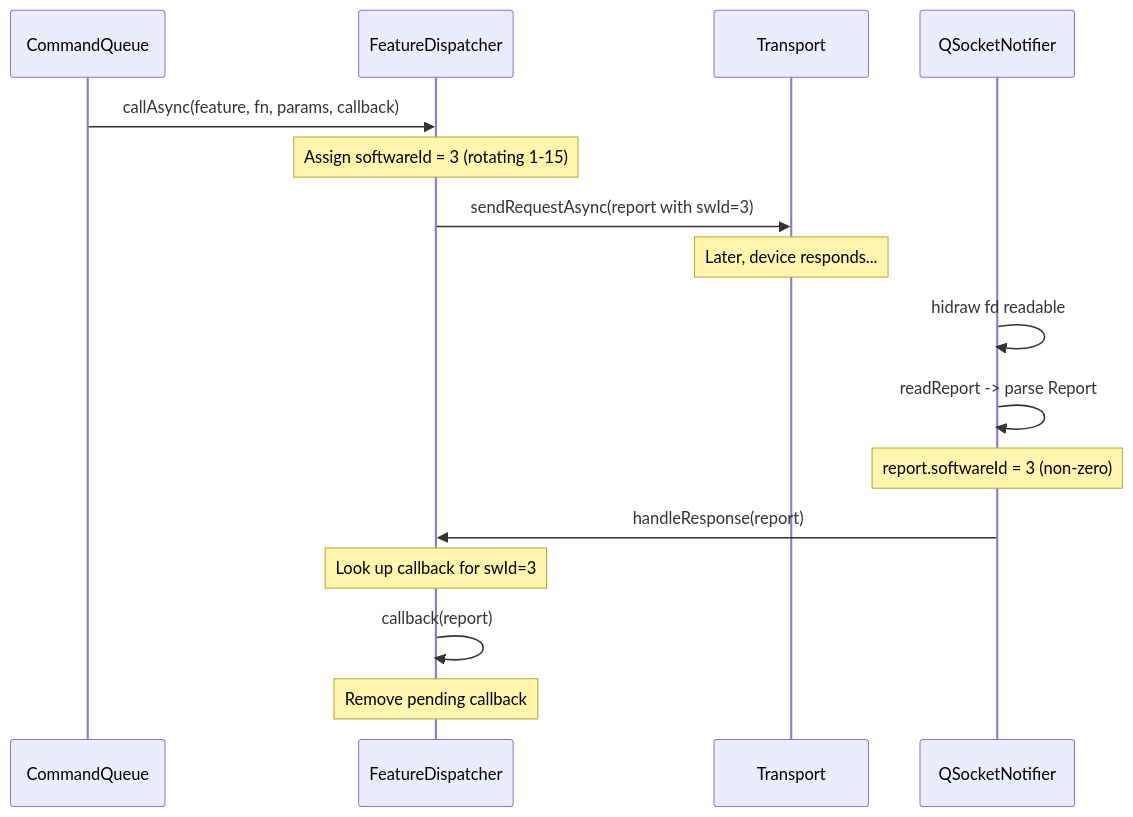
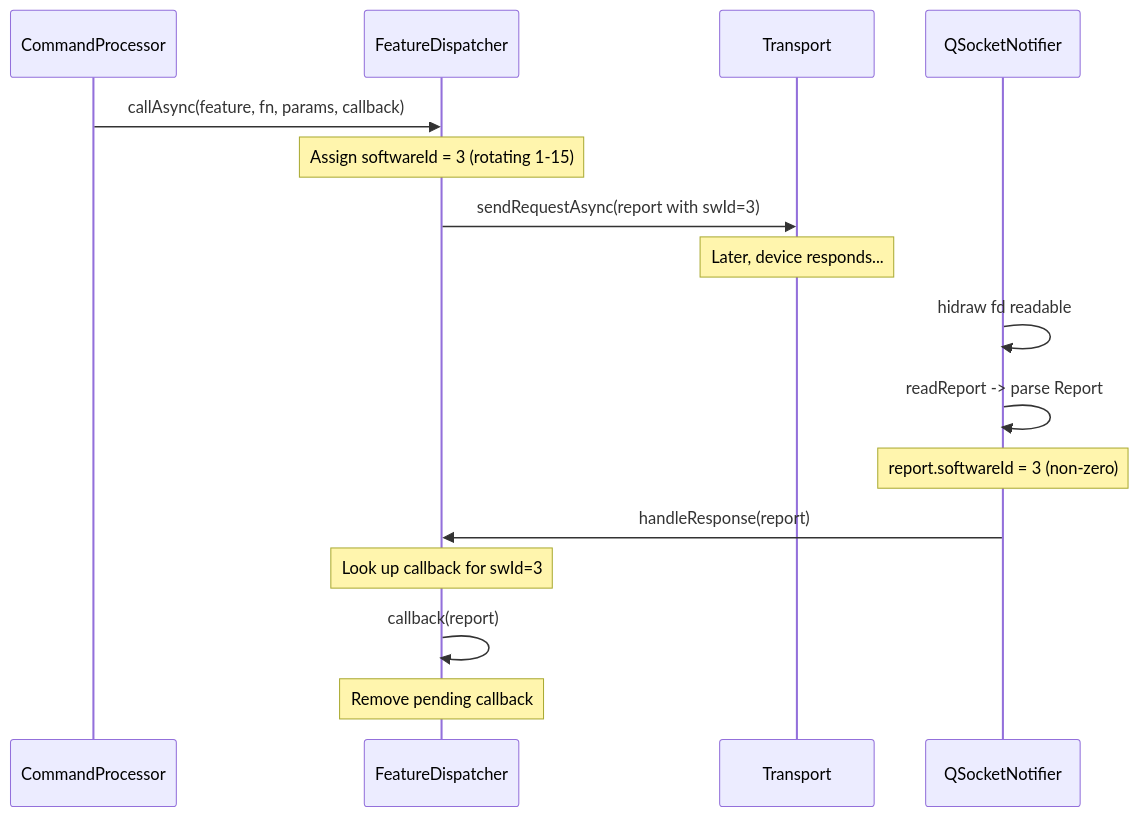
Before and after one commit to mmaher88/logitune: the fifth of 15 diagrams in docs/wiki/Architecture.md, drawn with Mermaid. The commit also changed other lines of this file and 58 other files, not shown here.

First line of the commit message:
Refactor: extract behavior from AppController, rename to AppRoot, polish class naming, rewrite architecture wiki (closes #107) (#108)

````diff
--- a/docs/wiki/Architecture.md
+++ b/docs/wiki/Architecture.md
@@ -232,21 +291,21 @@
 ```mermaid
 sequenceDiagram
-    participant CQ as CommandQueue
+    participant CQ as CommandProcessor
     participant FD as FeatureDispatcher
     participant TR as Transport
     participant Notif as QSocketNotifier
 
     CQ->>FD: callAsync(feature, fn, params, callback)
     Note over FD: Assign softwareId = 3 (rotating 1-15)
     FD->>TR: sendRequestAsync(report with swId=3)
 
     Note over TR: Later, device responds...
 
     Notif->>Notif: hidraw fd readable
     Notif->>Notif: readReport -> parse Report
     Note over Notif: report.softwareId = 3 (non-zero)
     Notif->>FD: handleResponse(report)
     Note over FD: Look up callback for swId=3
     FD->>FD: callback(report)
     Note over FD: Remove pending callback
 ```
````
